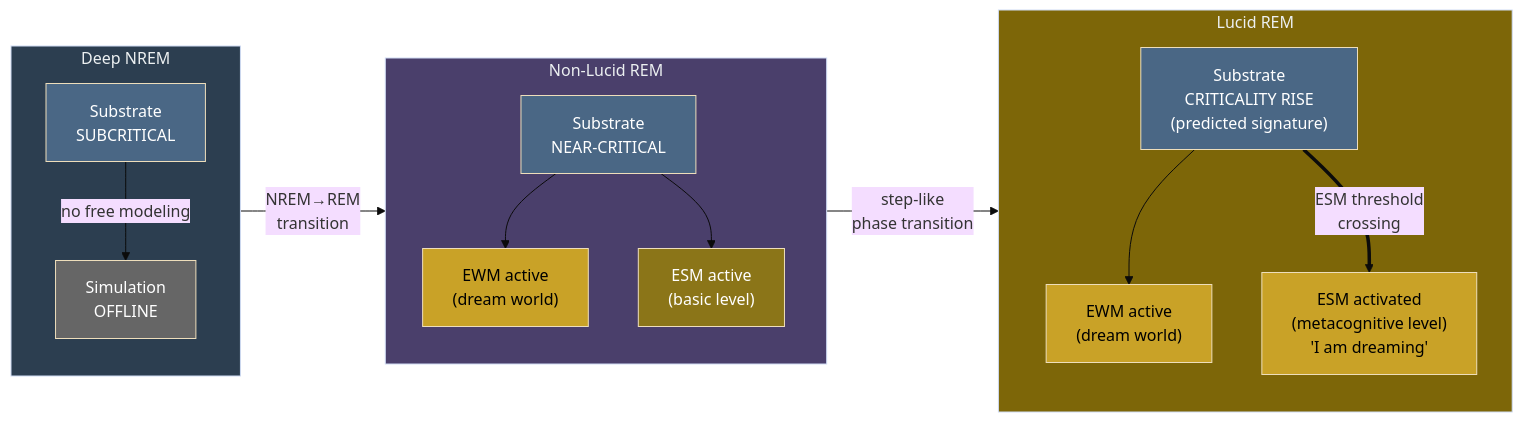
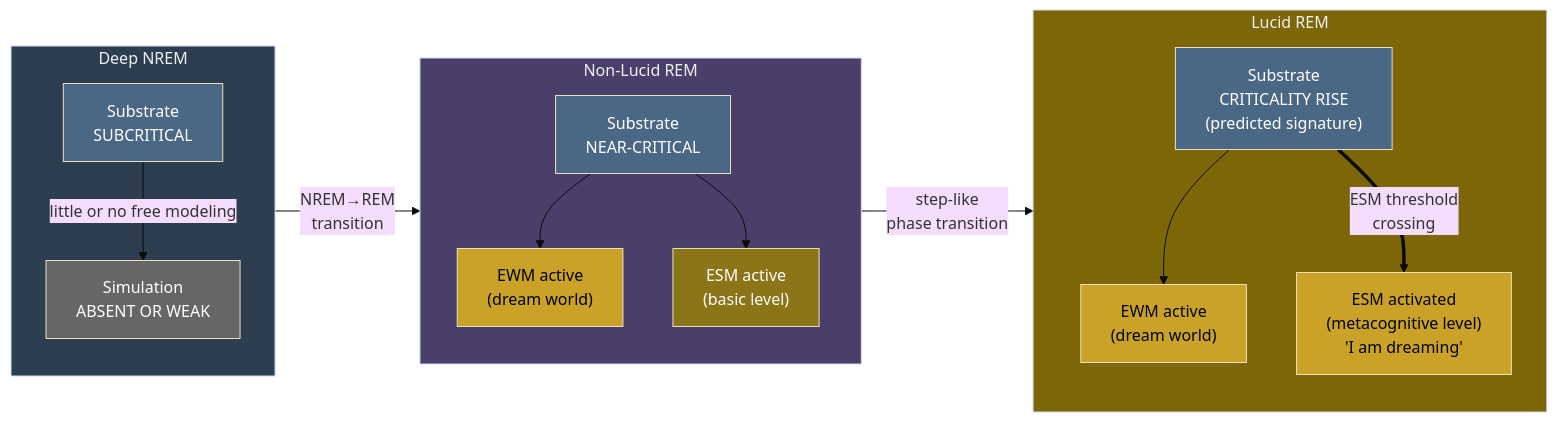
The diagram in wiki/phenomena/lucid-dreaming.md (JeltzProstetnic/aIware), drawn with Mermaid (base theme) before and after one commit. The commit also changed other lines of this file and 31 other files, not shown here.

````diff
--- a/wiki/phenomena/lucid-dreaming.md
+++ b/wiki/phenomena/lucid-dreaming.md
@@ -57,39 +57,39 @@
 ```mermaid
 graph LR
     subgraph NREM["Deep NREM"]
         N_Sub["Substrate<br/>SUBCRITICAL"]
-        N_Sim["Simulation<br/>OFFLINE"]
-        N_Sub -->|"no free modeling"| N_Sim
+        N_Sim["Simulation<br/>ABSENT OR WEAK"]
+        N_Sub -->|"little or no free modeling"| N_Sim
     end
 
     subgraph NonLucid["Non-Lucid REM"]
         NL_Sub["Substrate<br/>NEAR-CRITICAL"]
         NL_EWM["EWM active<br/>(dream world)"]
         NL_ESM["ESM active<br/>(basic level)"]
         NL_Sub --> NL_EWM
         NL_Sub --> NL_ESM
     end
 
     subgraph Lucid["Lucid REM"]
         L_Sub["Substrate<br/>CRITICALITY RISE<br/>(predicted signature)"]
         L_EWM["EWM active<br/>(dream world)"]
         L_ESM["ESM activated<br/>(metacognitive level)<br/>'I am dreaming'"]
         L_Sub --> L_EWM
         L_Sub ==>|"ESM threshold<br/>crossing"| L_ESM
     end
 
     NREM -->|"NREM→REM<br/>transition"| NonLucid
     NonLucid -->|"step-like<br/>phase transition"| Lucid
 
     style NREM fill:#2c3e50,color:#ecf0f1
     style NonLucid fill:#4a3f6b,color:#ecf0f1
     style Lucid fill:#7d6608,color:#ecf0f1
     style N_Sub fill:#4a6785,color:#fff
     style N_Sim fill:#666,color:#fff
     style NL_Sub fill:#4a6785,color:#fff
     style NL_EWM fill:#c9a227,color:#000
     style NL_ESM fill:#8b7518,color:#fff
     style L_Sub fill:#4a6785,color:#fff
     style L_EWM fill:#c9a227,color:#000
     style L_ESM fill:#c9a227,color:#000
 ```
````
